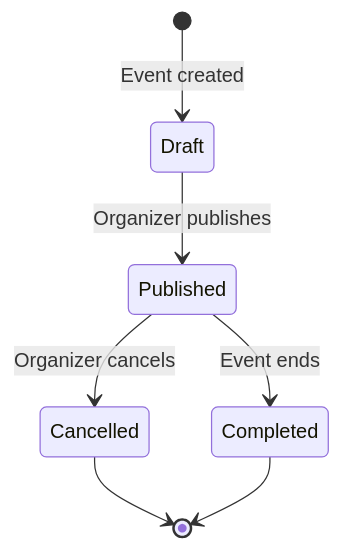
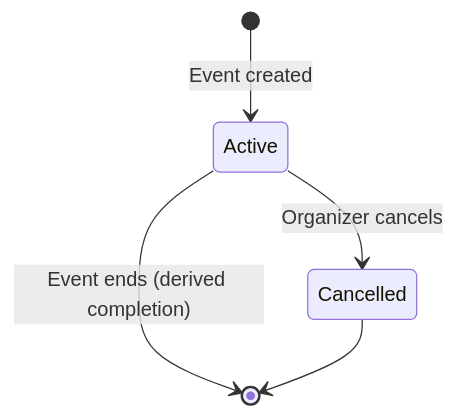
One commit to Punith1117/ticket-forge changed the first of 7 diagrams in docs/state-machines.md. Above: the diagram before and after it, drawn with Mermaid. The commit also changed other lines of this file and 14 other files, not shown here.

````diff
--- a/docs/state-machines.md
+++ b/docs/state-machines.md
@@ -7,12 +11,9 @@
 ```mermaid
 stateDiagram-v2
-    [*] --> Draft: Event created
+    [*] --> Active: Event created
 
-    Draft --> Published: Organizer publishes
-    Published --> Cancelled: Organizer cancels
+    Active --> Cancelled: Organizer cancels
 
-    Published --> Completed: Event ends
-
+    Active --> [*]: Event ends (derived completion)
     Cancelled --> [*]
-    Completed --> [*]
 ```
````
